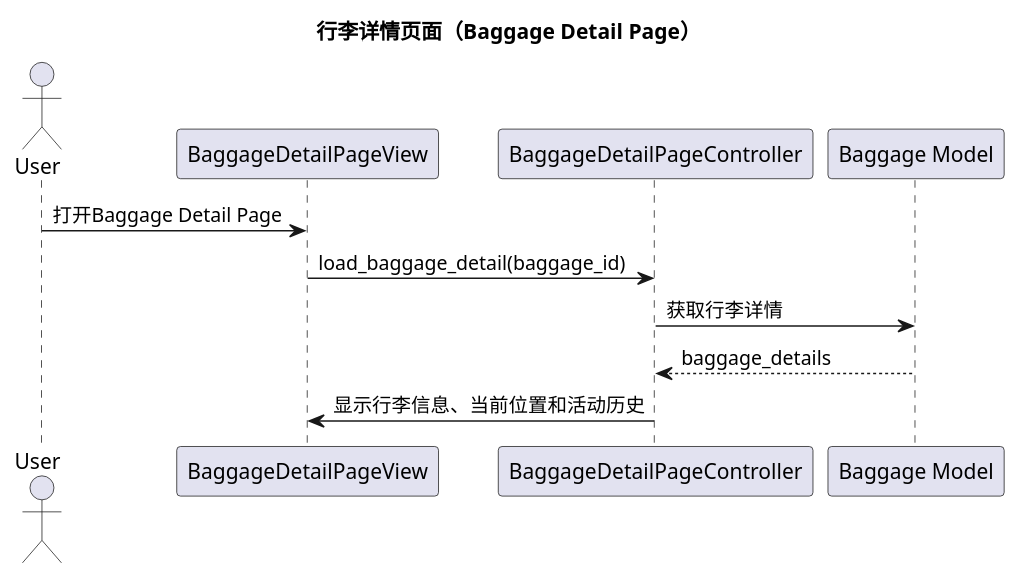
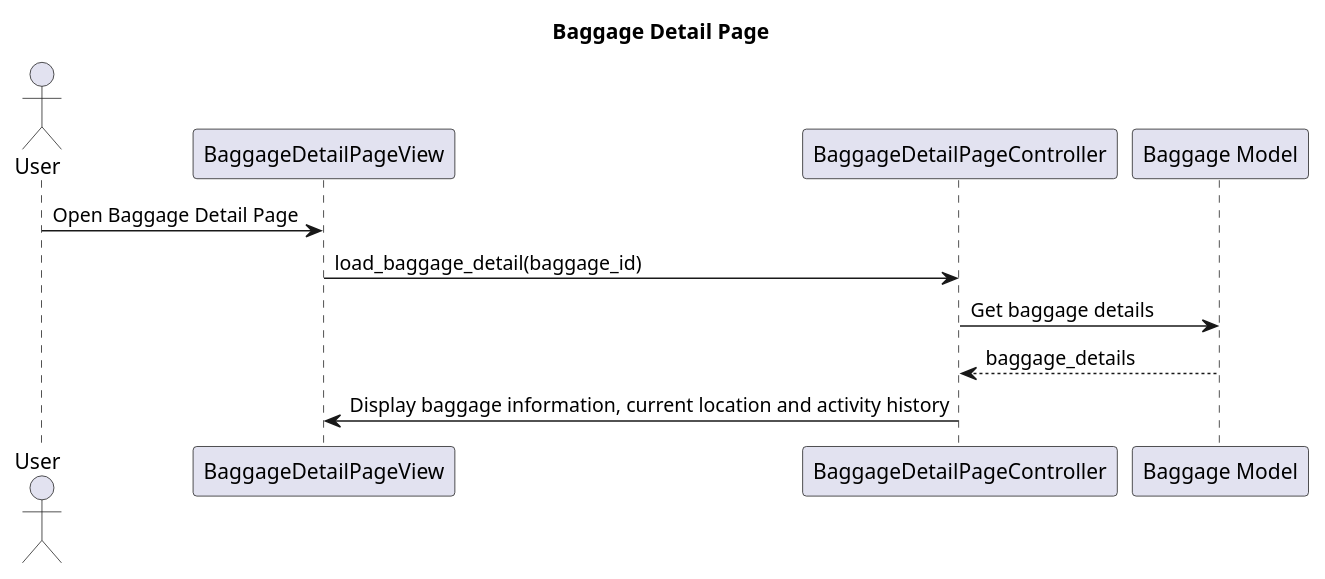
Diagram 15 of 16 in planning/class_diagrams.md (violeteye1234/group23_COMPS350F), drawn with PlantUML before and after one commit. The commit also changed other lines of this file, not shown here.

````diff
--- a/planning/class_diagrams.md
+++ b/planning/class_diagrams.md
@@ -444,16 +444,16 @@
 ```plantuml
 @startuml
-title 行李详情页面（Baggage Detail Page）
+title Baggage Detail Page
 
 actor User
 participant "BaggageDetailPageView" as View
 participant "BaggageDetailPageController" as Controller
 participant "Baggage Model" as BaggageModel
 
-User -> View: 打开Baggage Detail Page
+User -> View: Open Baggage Detail Page
 View -> Controller: load_baggage_detail(baggage_id)
-Controller -> BaggageModel: 获取行李详情
+Controller -> BaggageModel: Get baggage details
 BaggageModel --> Controller: baggage_details
-Controller -> View: 显示行李信息、当前位置和活动历史
+Controller -> View: Display baggage information, current location and activity history
 @enduml
 ```
````
